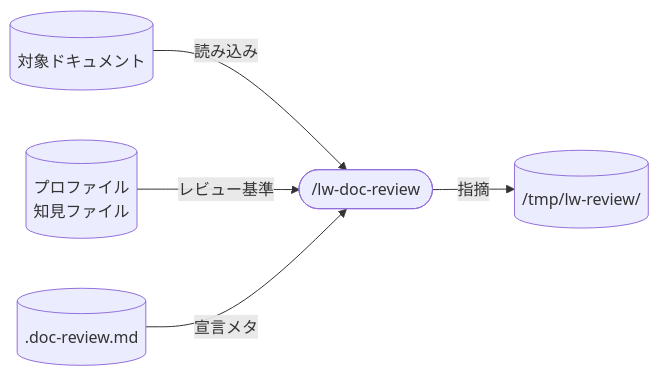
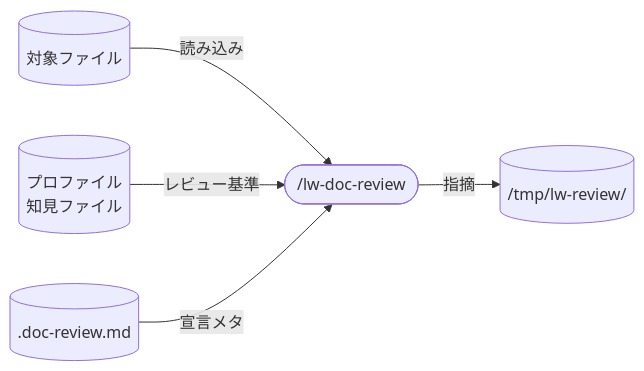
The diagram in docs/lw-kit/40_スキル設計/lw-kit-スキル設計-lw-doc-review.md (yu-takahas/llm-wiki-kit), drawn with Mermaid before and after one commit. The commit also changed other lines of this file and 3 other files, not shown here.

````diff
--- a/docs/lw-kit/40_スキル設計/lw-kit-スキル設計-lw-doc-review.md
+++ b/docs/lw-kit/40_スキル設計/lw-kit-スキル設計-lw-doc-review.md
@@ -20,7 +20,7 @@
 ```mermaid
 graph LR
-    target[("対象ドキュメント")] -->|"読み込み"| skill(["/lw-doc-review"])
+    target[("対象ファイル")] -->|"読み込み"| skill(["/lw-doc-review"])
     profiles[("プロファイル<br/>知見ファイル")] -->|"レビュー基準"| skill
     declaration[(".doc-review.md")] -->|"宣言メタ"| skill
     skill -->|"指摘"| review[("/tmp/lw-review/")]
 ```
````
